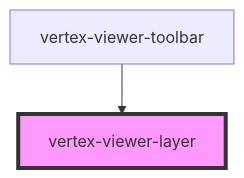
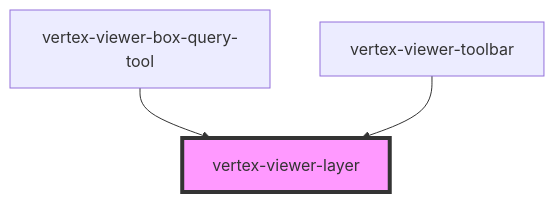
Before and after one commit to Vertexvis/vertex-web-sdk: the diagram in packages/viewer/src/components/viewer-layer/readme.md, drawn with Mermaid. The commit also changed other lines of this file and 14 other files, not shown here.

First line of the commit message:
[PLAT-2148] Volume intersection query tool (#447)

````diff
--- a/packages/viewer/src/components/viewer-layer/readme.md
+++ b/packages/viewer/src/components/viewer-layer/readme.md
@@ -48,5 +49,6 @@
 ```mermaid
 graph TD;
+  vertex-viewer-box-query-tool --> vertex-viewer-layer
   vertex-viewer-toolbar --> vertex-viewer-layer
   style vertex-viewer-layer fill:#f9f,stroke:#333,stroke-width:4px
 ```
````
